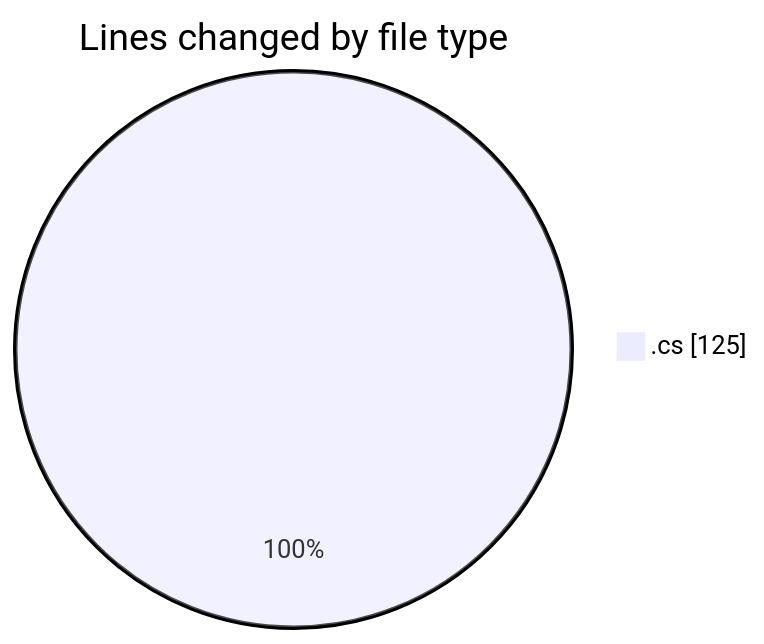
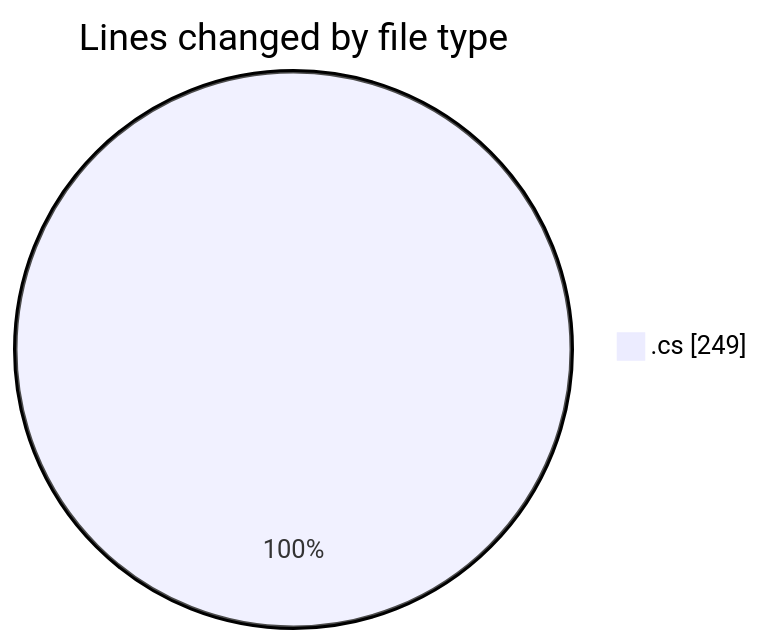
One commit to Netris89/code-tracking changed the first of 2 diagrams in 2025-04-02/back-end/README.md. Above: the diagram before and after it, drawn with Mermaid. The commit also changed other lines of this file and 1 other file, not shown here.

````diff
--- a/2025-04-02/back-end/README.md
+++ b/2025-04-02/back-end/README.md
@@ -20,5 +20,5 @@
 ```mermaid
 pie showData
 title Lines changed by file type
-".cs" : 125
+".cs" : 249
 ```
````
